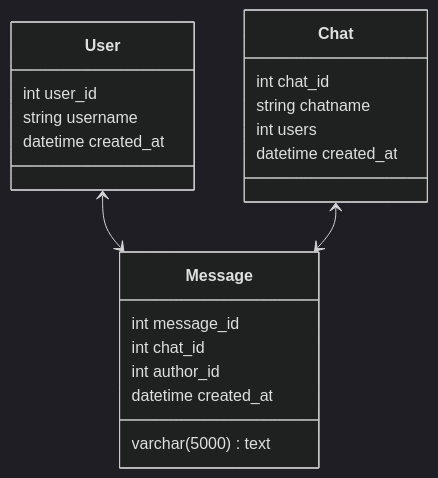
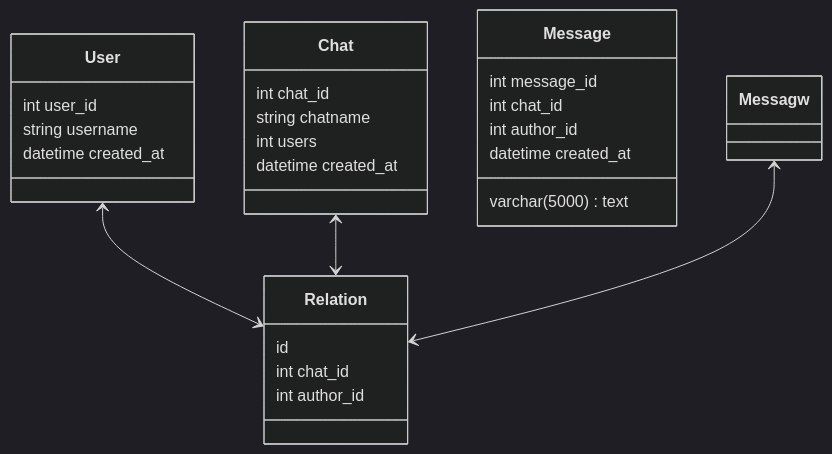
One commit to Tatarochka52/-hats-HTTP-API changed the diagram in README.md. Above: the diagram before and after it, drawn with Mermaid (dark theme).

````diff
--- a/README.md
+++ b/README.md
@@ -13,25 +13,31 @@
 ```mermaid
 
 classDiagram  
     class User  
     User : int user_id  
     User : string username  
     User : datetime created_at  
     
     class Chat  
     Chat : int chat_id  
     Chat : string chatname  
     Chat : int users  
     Chat : datetime created_at 
     
     class Message  
     Message : int message_id  
     Message : int chat_id  
     Message : int author_id  
     Message : varchar(5000) text  
     Message : datetime created_at
     
-    User <--> Message  
-    Chat <--> Message  
+    class Relation  
+    Relation : id
+    Relation : int chat_id  
+    Relation : int author_id
+    
+    User <--> Relation  
+    Chat <--> Relation 
+    Messagw <--> Relation
 
 ```
````
